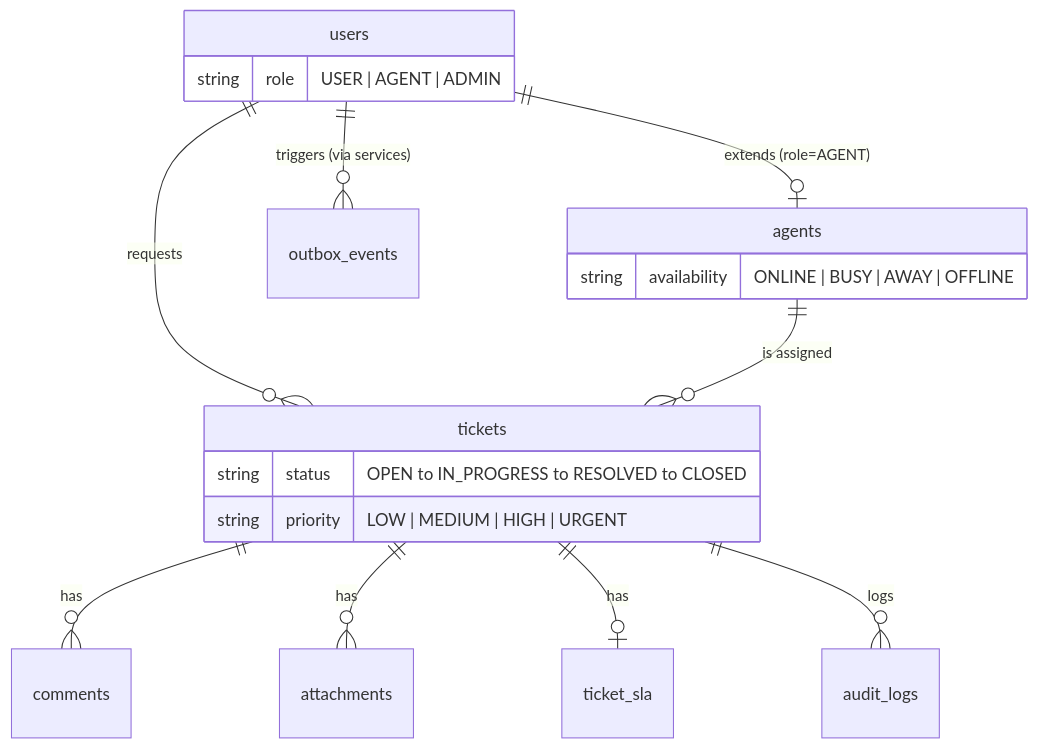
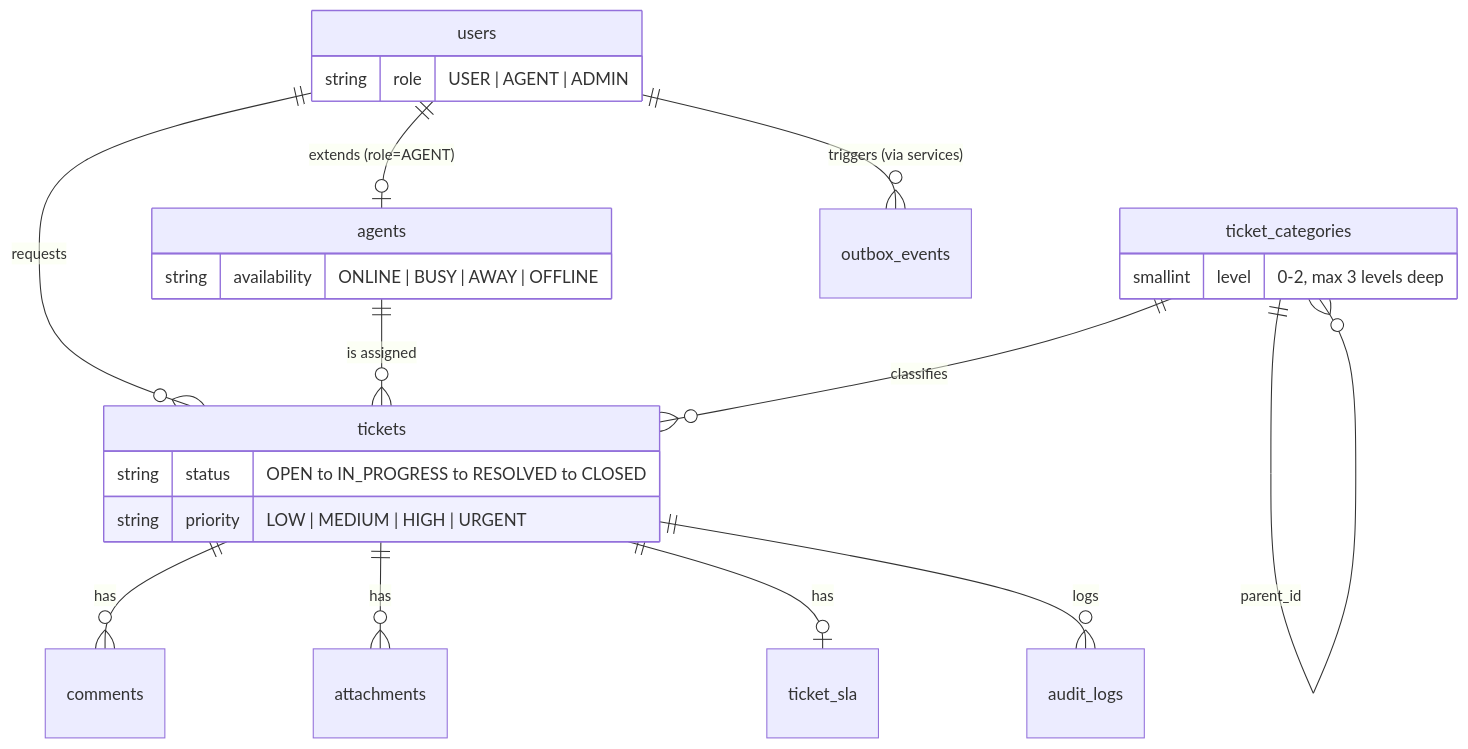
One commit to Mosotho888/GovHelp_Desk changed the second of 5 diagrams in README.md. Above: the diagram before and after it, drawn with Mermaid. The commit also changed other lines of this file and 6 other files, not shown here.

First line of the commit message:
Docs: ADR 0006, database/API reference, C4 component table, README, and CHANGELOG updated to reflect the new schema and endpoints.

````diff
--- a/README.md
+++ b/README.md
@@ -168,22 +168,27 @@
 ```mermaid
 erDiagram
     users ||--o| agents: "extends (role=AGENT)"
     users ||--o{ tickets: "requests"
     agents ||--o{ tickets: "is assigned"
+    ticket_categories ||--o{ tickets: "classifies"
+    ticket_categories ||--o{ ticket_categories: "parent_id"
     tickets ||--o{ comments: "has"
     tickets ||--o{ attachments: "has"
     tickets ||--o| ticket_sla: "has"
     tickets ||--o{ audit_logs: "logs"
     users ||--o{ outbox_events: "triggers (via services)"
 
     users {
         string role "USER | AGENT | ADMIN"
     }
     agents {
         string availability "ONLINE | BUSY | AWAY | OFFLINE"
     }
+    ticket_categories {
+        smallint level "0-2, max 3 levels deep"
+    }
     tickets {
         string status "OPEN to IN_PROGRESS to RESOLVED to CLOSED"
         string priority "LOW | MEDIUM | HIGH | URGENT"
     }
 ```
````
